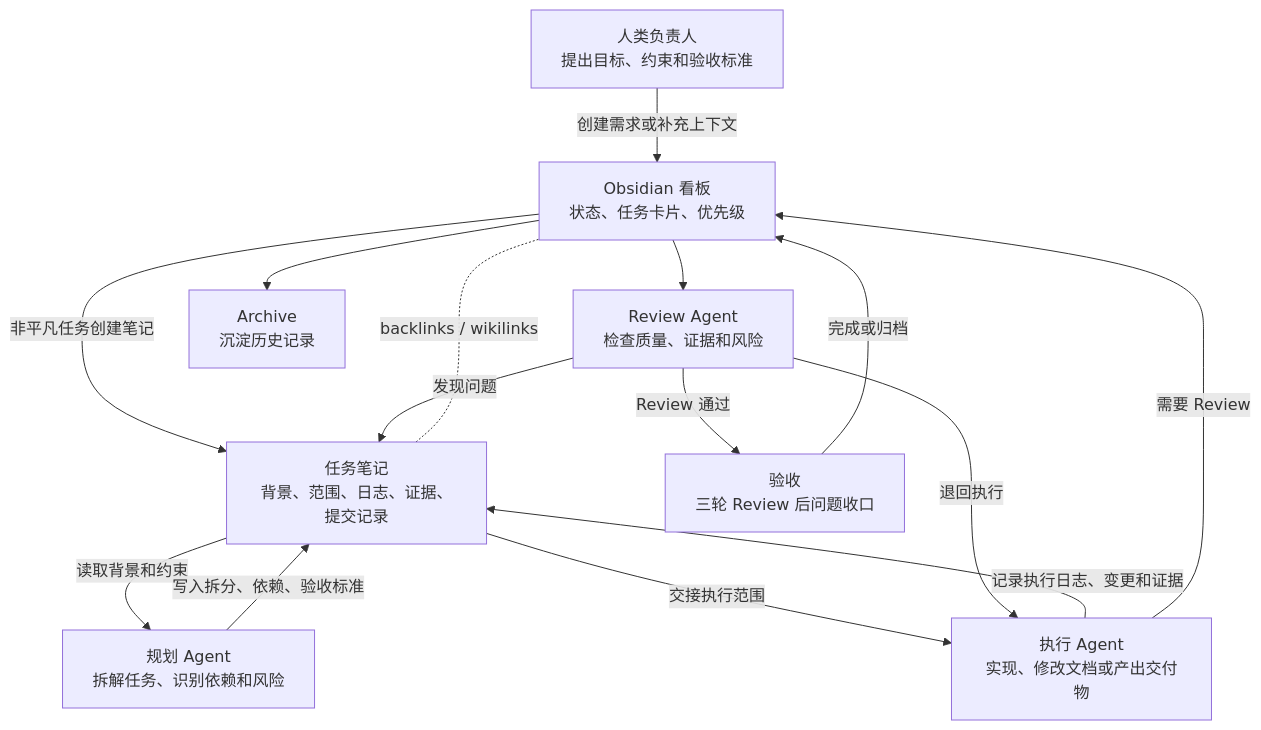
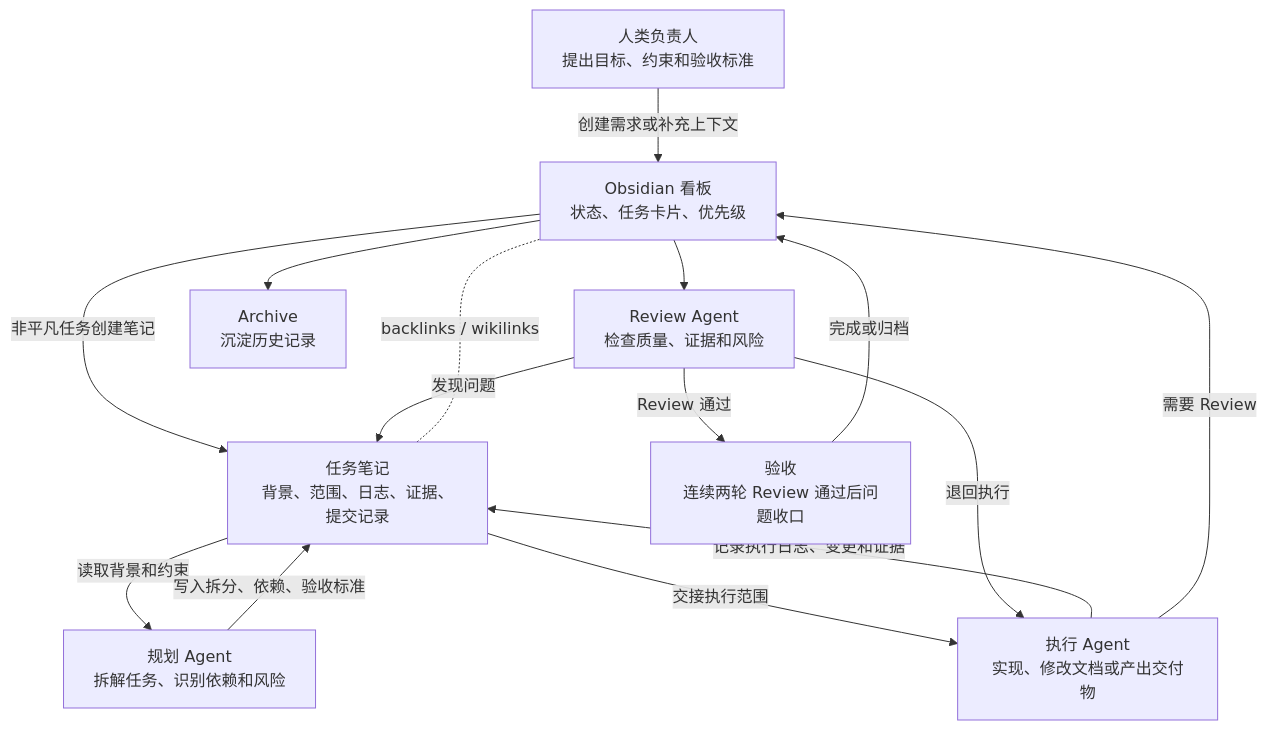
The second of 2 diagrams in obsidian-project-workflow/README.md (giarld/skills), drawn with Mermaid before and after one commit. The commit also changed other lines of this file and 5 other files, not shown here.

````diff
--- a/obsidian-project-workflow/README.md
+++ b/obsidian-project-workflow/README.md
@@ -114,26 +114,26 @@
 ```mermaid
 flowchart TB
     human["人类负责人<br/>提出目标、约束和验收标准"]
     board["Obsidian 看板<br/>状态、任务卡片、优先级"]
     note["任务笔记<br/>背景、范围、日志、证据、提交记录"]
     planner["规划 Agent<br/>拆解任务、识别依赖和风险"]
     executor["执行 Agent<br/>实现、修改文档或产出交付物"]
     reviewer["Review Agent<br/>检查质量、证据和风险"]
-    accept["验收<br/>三轮 Review 后问题收口"]
+    accept["验收<br/>连续两轮 Review 通过后问题收口"]
     archive["Archive<br/>沉淀历史记录"]
 
     human -->|"创建需求或补充上下文"| board
     board -->|"非平凡任务创建笔记"| note
     note -->|"读取背景和约束"| planner
     planner -->|"写入拆分、依赖、验收标准"| note
     note -->|"交接执行范围"| executor
     executor -->|"记录执行日志、变更和证据"| note
     executor -->|"需要 Review"| board
     board --> reviewer
     reviewer -->|"发现问题"| note
     reviewer -->|"退回执行"| executor
     reviewer -->|"Review 通过"| accept
     accept -->|"完成或归档"| board
     board --> archive
     note -. "backlinks / wikilinks" .- board
 ```
````
